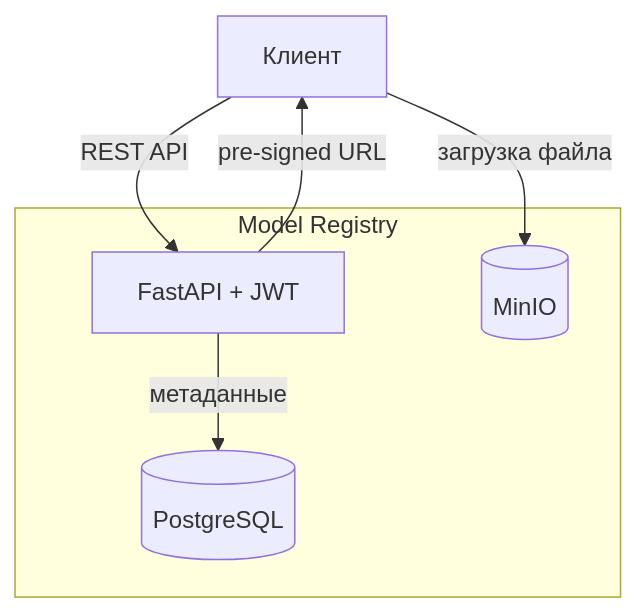
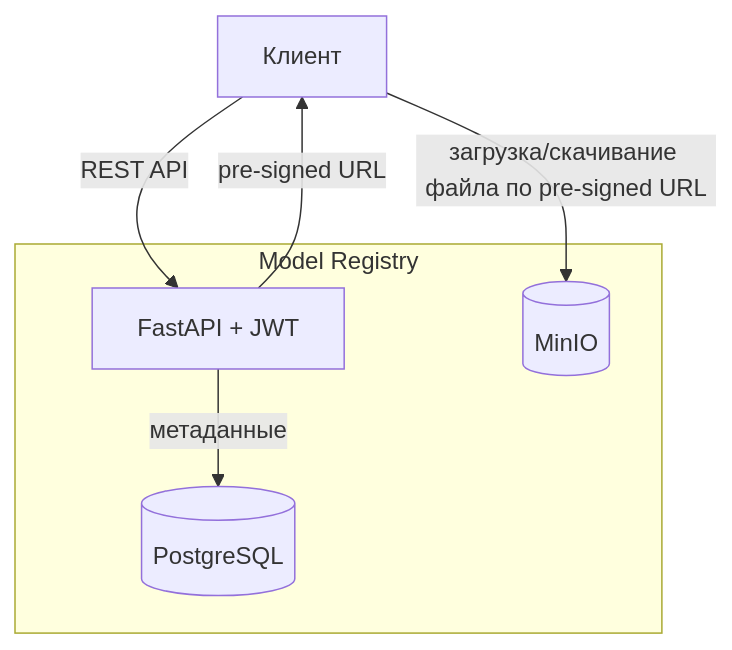
Before and after one commit to vainmoon/HSE_MLops_HW_2: the first of 2 diagrams in doc/report.md, drawn with Mermaid. The commit also changed other lines of this file and 7 other files, not shown here.

````diff
--- a/doc/report.md
+++ b/doc/report.md
@@ -98,15 +96,15 @@
 ```mermaid
 graph TB
     Client["Клиент"]
 
     subgraph Registry["Model Registry"]
         API["FastAPI + JWT"]
         PG[("PostgreSQL")]
         Minio[("MinIO")]
     end
 
     Client -->|REST API| API
     API -->|метаданные| PG
     API -->|pre-signed URL| Client
-    Client -->|загрузка файла| Minio
+    Client -->|загрузка/скачивание файла по pre-signed URL| Minio
 ```
````
